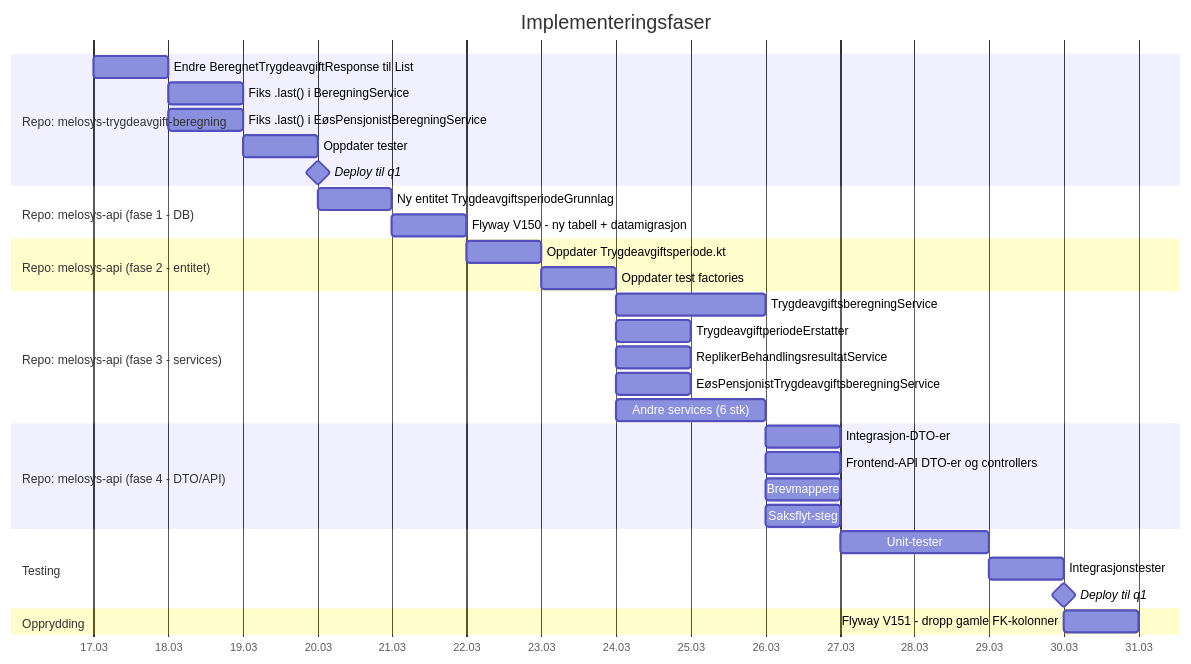
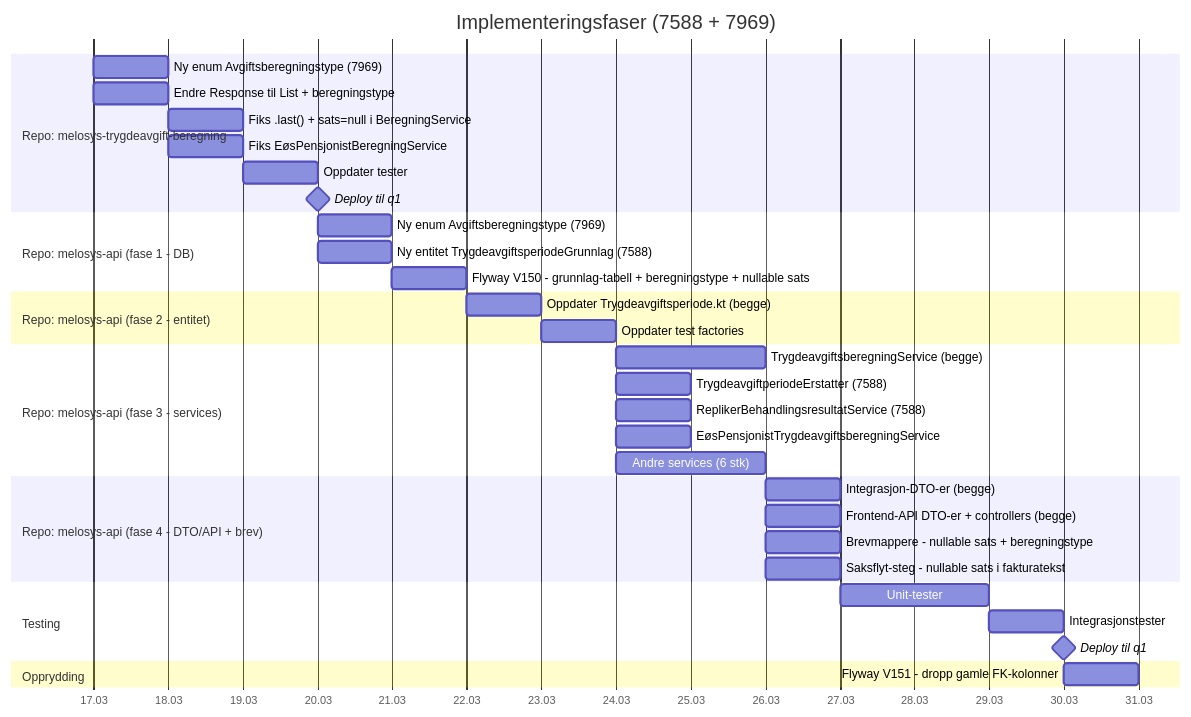
Before and after one commit to navikt/melosys-api: the sixth of 6 diagrams in docs/MELOSYS-7588-implementeringsplan.md, drawn with Mermaid. The commit also changed other lines of this file, not shown here.

First line of the commit message:
7588+7969 Oppdater plan med beregningstype og nullable sats

````diff
--- a/docs/MELOSYS-7588-implementeringsplan.md
+++ b/docs/MELOSYS-7588-implementeringsplan.md
@@ -470,42 +584,44 @@
 ```mermaid
 gantt
-    title Implementeringsfaser
+    title Implementeringsfaser (7588 + 7969)
     dateFormat  YYYY-MM-DD
     axisFormat  %d.%m
 
     section Repo: melosys-trygdeavgift-beregning
-    Endre BeregnetTrygdeavgiftResponse til List    :a1, 2026-03-17, 1d
-    Fiks .last() i BeregningService                :a2, after a1, 1d
-    Fiks .last() i EøsPensjonistBeregningService   :a3, after a1, 1d
-    Oppdater tester                                :a4, after a2, 1d
-    Deploy til q1                                  :milestone, a5, after a4, 0d
+    Ny enum Avgiftsberegningstype (7969)            :a0, 2026-03-17, 1d
+    Endre Response til List + beregningstype        :a1, 2026-03-17, 1d
+    Fiks .last() + sats=null i BeregningService     :a2, after a1, 1d
+    Fiks EøsPensjonistBeregningService              :a3, after a1, 1d
+    Oppdater tester                                 :a4, after a2, 1d
+    Deploy til q1                                   :milestone, a5, after a4, 0d
 
     section Repo: melosys-api (fase 1 - DB)
-    Ny entitet TrygdeavgiftsperiodeGrunnlag        :b1, after a4, 1d
-    Flyway V150 - ny tabell + datamigrasjon        :b2, after b1, 1d
+    Ny enum Avgiftsberegningstype (7969)            :b0, after a4, 1d
+    Ny entitet TrygdeavgiftsperiodeGrunnlag (7588)  :b1, after a4, 1d
+    Flyway V150 - grunnlag-tabell + beregningstype + nullable sats  :b2, after b1, 1d
 
     section Repo: melosys-api (fase 2 - entitet)
-    Oppdater Trygdeavgiftsperiode.kt               :c1, after b2, 1d
-    Oppdater test factories                        :c2, after c1, 1d
+    Oppdater Trygdeavgiftsperiode.kt (begge)        :c1, after b2, 1d
+    Oppdater test factories                         :c2, after c1, 1d
 
     section Repo: melosys-api (fase 3 - services)
-    TrygdeavgiftsberegningService                  :d1, after c2, 2d
-    TrygdeavgiftperiodeErstatter                   :d2, after c2, 1d
-    ReplikerBehandlingsresultatService             :d3, after c2, 1d
-    EøsPensjonistTrygdeavgiftsberegningService     :d4, after c2, 1d
-    Andre services (6 stk)                         :d5, after c2, 2d
+    TrygdeavgiftsberegningService (begge)           :d1, after c2, 2d
+    TrygdeavgiftperiodeErstatter (7588)             :d2, after c2, 1d
+    ReplikerBehandlingsresultatService (7588)        :d3, after c2, 1d
+    EøsPensjonistTrygdeavgiftsberegningService       :d4, after c2, 1d
+    Andre services (6 stk)                          :d5, after c2, 2d
 
-    section Repo: melosys-api (fase 4 - DTO/API)
-    Integrasjon-DTO-er                             :e1, after d1, 1d
-    Frontend-API DTO-er og controllers             :e2, after d1, 1d
-    Brevmappere                                    :e3, after d1, 1d
-    Saksflyt-steg                                  :e4, after d1, 1d
+    section Repo: melosys-api (fase 4 - DTO/API + brev)
+    Integrasjon-DTO-er (begge)                      :e1, after d1, 1d
+    Frontend-API DTO-er + controllers (begge)        :e2, after d1, 1d
+    Brevmappere - nullable sats + beregningstype     :e3, after d1, 1d
+    Saksflyt-steg - nullable sats i fakturatekst     :e4, after d1, 1d
 
     section Testing
-    Unit-tester                                    :f1, after e4, 2d
-    Integrasjonstester                             :f2, after f1, 1d
-    Deploy til q1                                  :milestone, f3, after f2, 0d
+    Unit-tester                                     :f1, after e4, 2d
+    Integrasjonstester                              :f2, after f1, 1d
+    Deploy til q1                                   :milestone, f3, after f2, 0d
 
     section Opprydding
-    Flyway V151 - dropp gamle FK-kolonner          :g1, after f3, 1d
+    Flyway V151 - dropp gamle FK-kolonner           :g1, after f3, 1d
 ```
````
